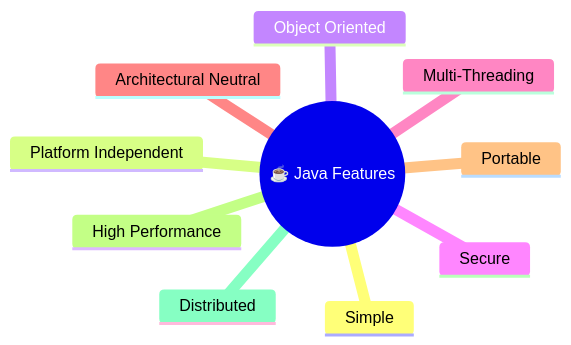
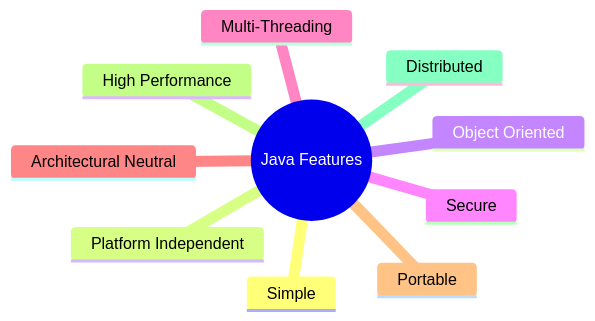
Before and after one commit to kundankumarsharma56/Leaning-Java: the first of 2 diagrams in src/Theory/01-Java-Introduction-and-Setup/02-Java-Features.md, drawn with Mermaid. The commit also changed other lines of this file and 84 other files, not shown here.

````diff
--- a/src/Theory/01-Java-Introduction-and-Setup/02-Java-Features.md
+++ b/src/Theory/01-Java-Introduction-and-Setup/02-Java-Features.md
@@ -21,13 +21,13 @@
 ```mermaid
 mindmap
-  root((☕ Java Features))
+  root(( Java Features))
     Simple
     Platform Independent
     Object Oriented
     Secure
     Multi-Threading
     Architectural Neutral
     Portable
     High Performance
     Distributed
 ```
````
